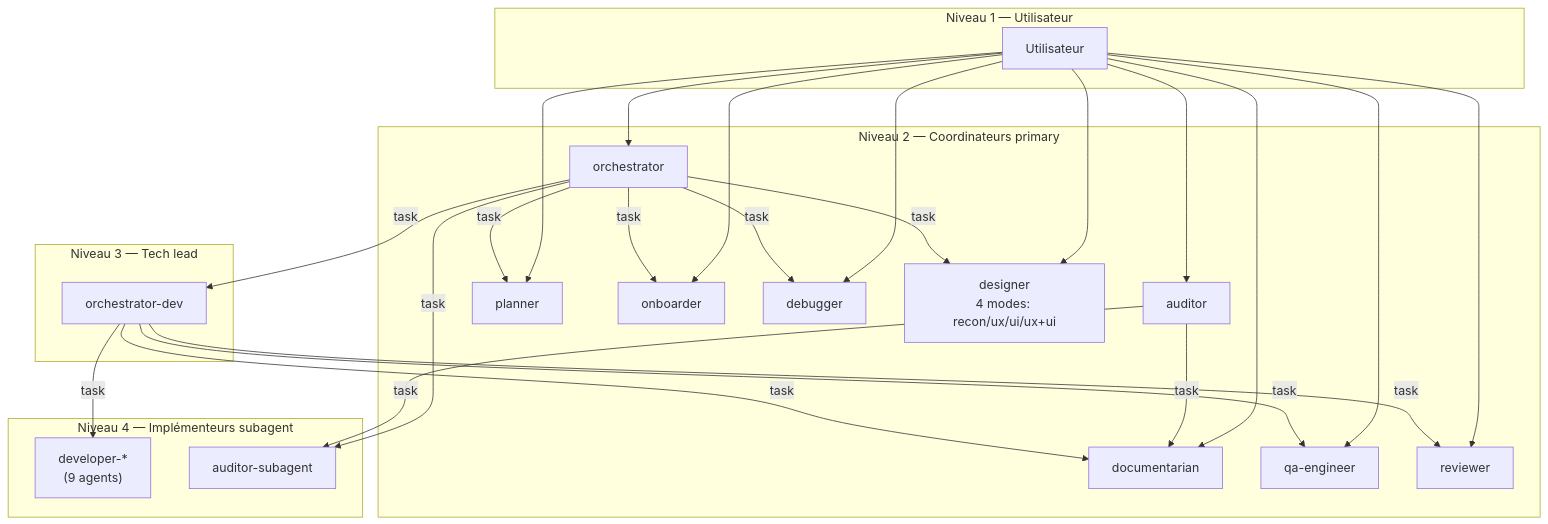
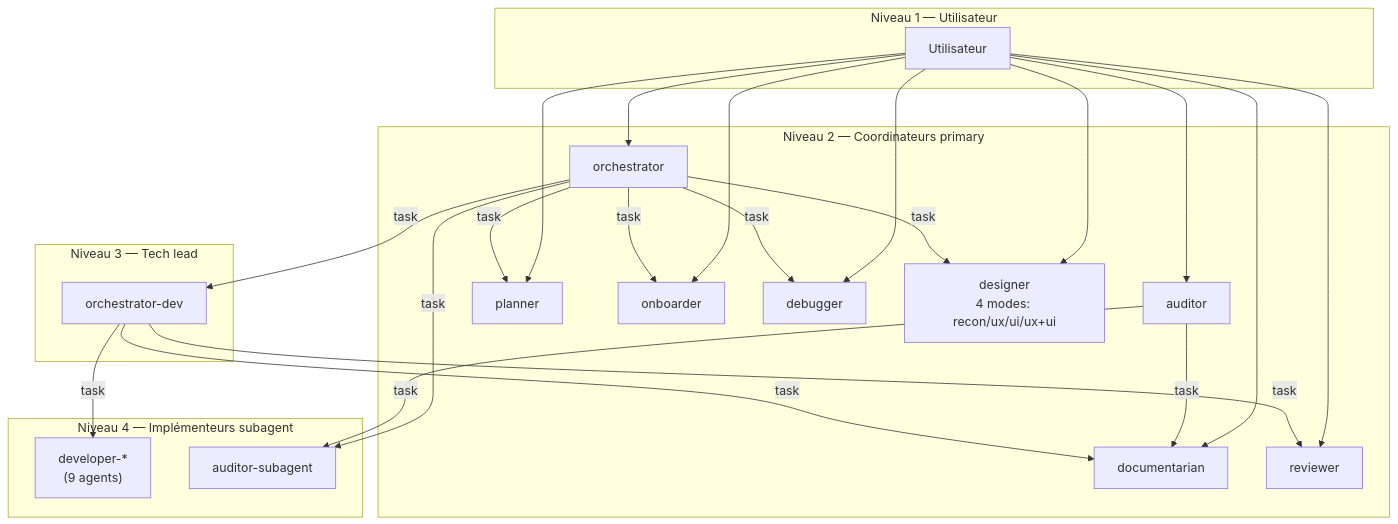
The first of 3 diagrams in docs/architecture/task-delegation.fr.md (datichb/openhub), drawn with Mermaid before and after one commit. The commit also changed other lines of this file and 60 other files, not shown here.

````diff
--- a/docs/architecture/task-delegation.fr.md
+++ b/docs/architecture/task-delegation.fr.md
@@ -93,52 +92,49 @@
 ```mermaid
 flowchart TB
     subgraph L1["Niveau 1 — Utilisateur"]
         U[Utilisateur]
     end
 
     subgraph L2["Niveau 2 — Coordinateurs primary"]
         O[orchestrator]
         A[auditor]
         PL[planner]
         ON[onboarder]
         DB[debugger]
         DS[designer<br/>4 modes: recon/ux/ui/ux+ui]
         DOC[documentarian]
-        QA[qa-engineer]
         R[reviewer]
     end
 
     subgraph L3["Niveau 3 — Tech lead"]
         OD[orchestrator-dev]
     end
 
     subgraph L4["Niveau 4 — Implémenteurs subagent"]
         DEV["developer-*<br/>(9 agents)"]
         AUD["auditor-subagent"]
     end
 
     U --> O
     U --> A
     U --> PL
     U --> ON
     U --> DB
     U --> DS
     U --> DOC
-    U --> QA
     U --> R
 
     O -->|task| PL
     O -->|task| ON
     O -->|task| DS
     O -->|task| AUD
     O -->|task| OD
     O -->|task| DB
 
     A -->|task| AUD
     A -->|task| DOC
 
     OD -->|task| DEV
-    OD -->|task| QA
     OD -->|task| R
     OD -->|task| DOC
 ```
````
